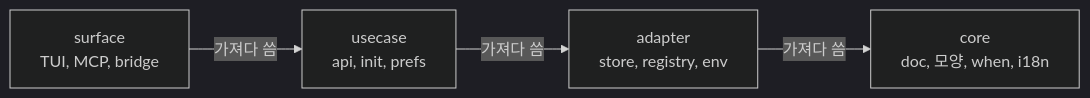
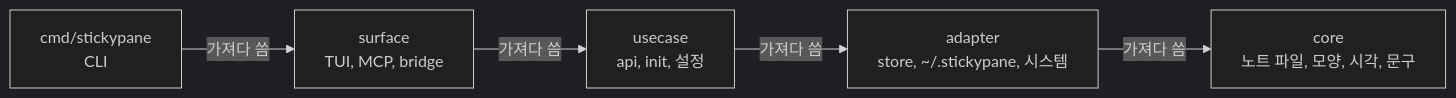
One commit to LeeSwallow/stickypane changed the fifth of 6 diagrams in README.ko.md. Above: the diagram before and after it, drawn with Mermaid (dark theme). The commit also changed other lines of this file and 1 other file, not shown here.

````diff
--- a/README.ko.md
+++ b/README.ko.md
@@ -249,6 +251,7 @@
 ```mermaid
 flowchart LR
-    surface["surface<br/>TUI, MCP, bridge"] -->|"가져다 씀"| usecase["usecase<br/>api, init, prefs"]
-    usecase -->|"가져다 씀"| adapter["adapter<br/>store, registry, env"]
-    adapter -->|"가져다 씀"| core["core<br/>doc, 모양, when, i18n"]
+    cmd["cmd/stickypane<br/>CLI"] -->|"가져다 씀"| surface["surface<br/>TUI, MCP, bridge"]
+    surface -->|"가져다 씀"| usecase["usecase<br/>api, init, 설정"]
+    usecase -->|"가져다 씀"| adapter["adapter<br/>store, ~/.stickypane, 시스템"]
+    adapter -->|"가져다 씀"| core["core<br/>노트 파일, 모양, 시각, 문구"]
 ```
````
